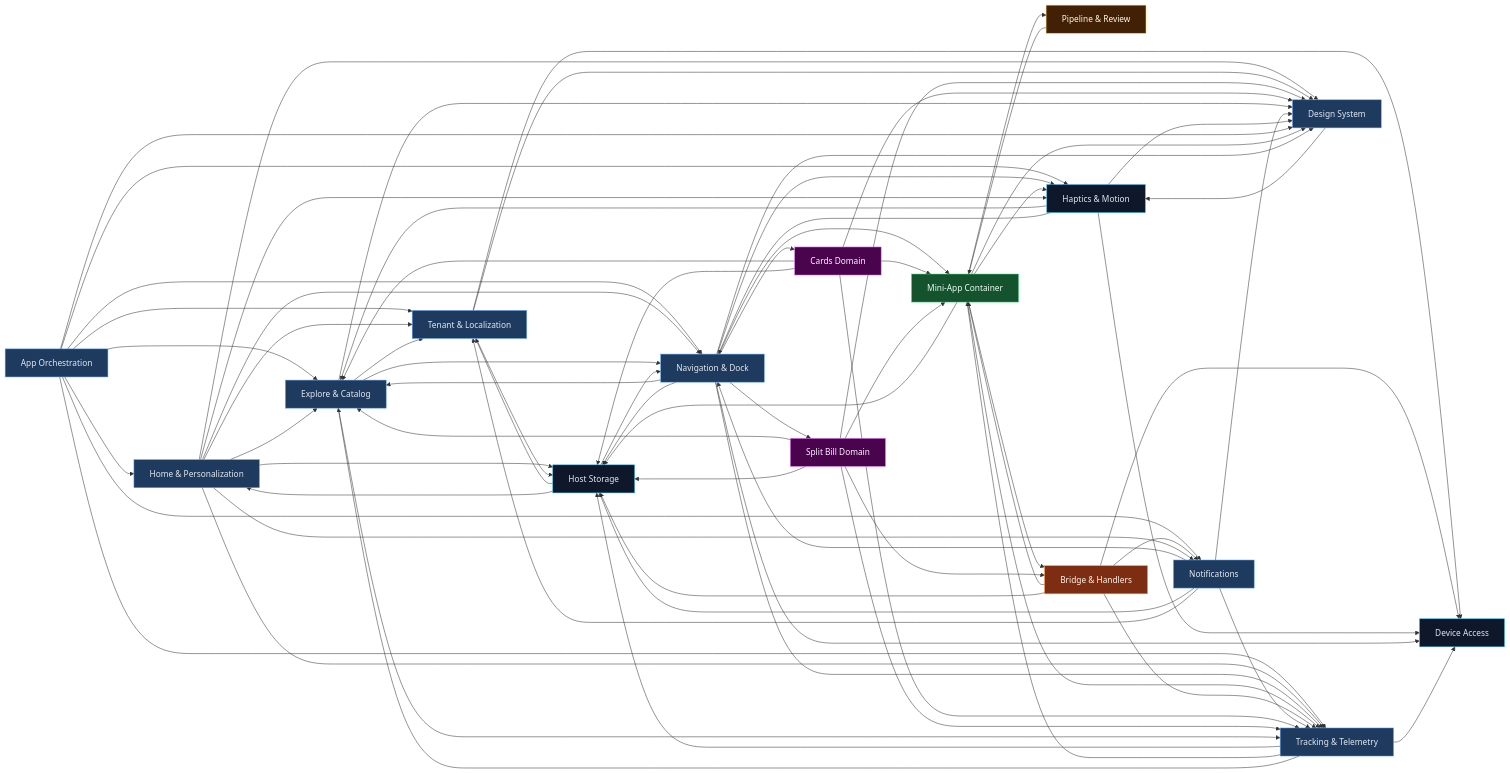
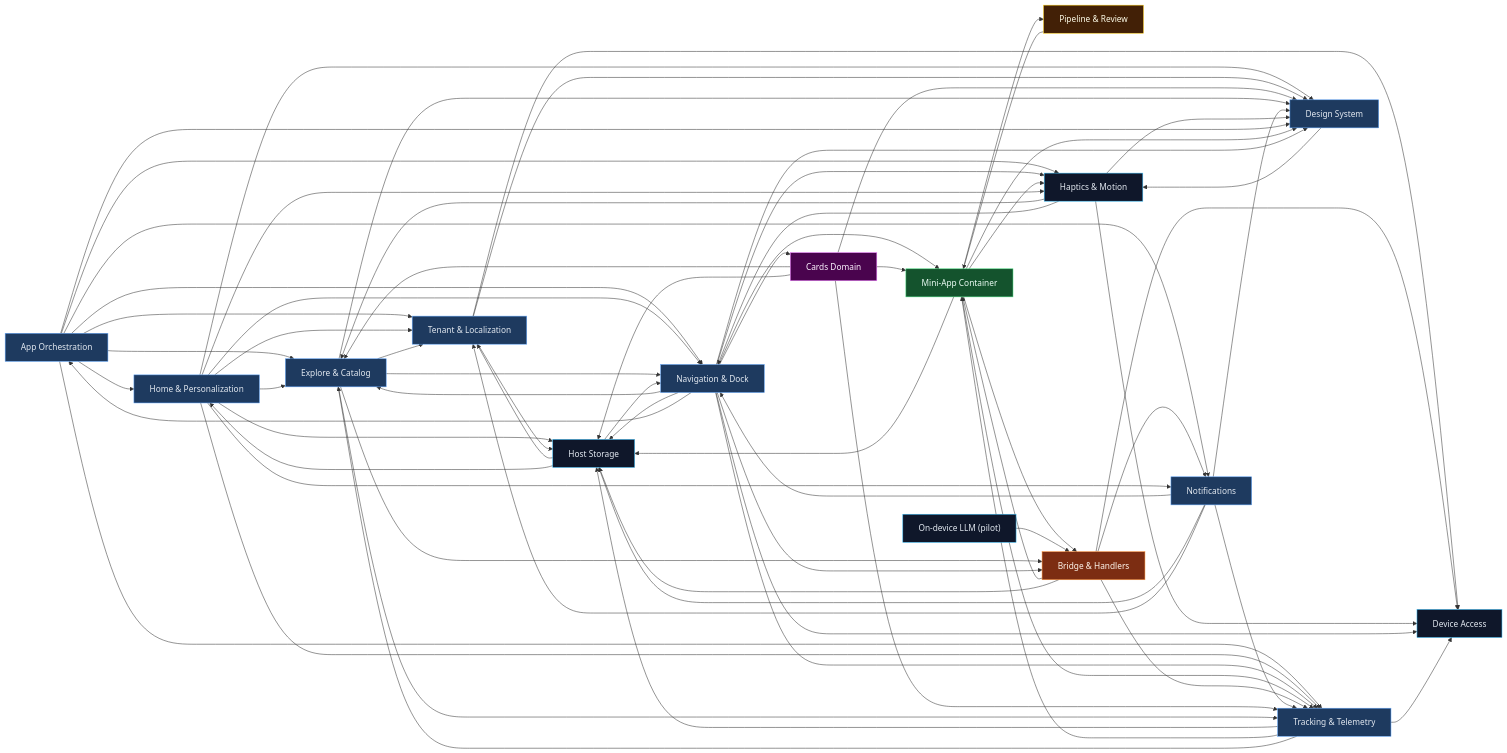
One commit to nguyenvhoang99/mobile-platform changed the first of 3 diagrams in app/docs/feature-graph.md. Above: the diagram before and after it, drawn with Mermaid. The commit also changed other lines of this file and 245 other files, not shown here.

```diff
--- a/app/docs/feature-graph.md
+++ b/app/docs/feature-graph.md
@@ -26,9 +26,9 @@
   tracking["Tracking & Telemetry"]
   notifications["Notifications"]
   deviceAccess["Device Access"]
+  onDeviceLlm["On-device LLM (pilot)"]
   storage["Host Storage"]
   cards["Cards Domain"]
-  splitBill["Split Bill Domain"]
   designSystem["Design System"]
   haptics["Haptics & Motion"]
 
@@ -75,18 +75,14 @@
   cards --> container
   cards --> tracking
   cards --> explore
-  splitBill --> container
-  splitBill --> tracking
-  splitBill --> explore
-  splitBill --> storage
-  splitBill --> designSystem
-  splitBill --> bridge
   designSystem --> haptics
   haptics --> deviceAccess
+  onDeviceLlm --> bridge
   cards --> storage
   cards --> designSystem
   explore --> designSystem
   explore --> tracking
+  explore --> bridge
   notifications --> designSystem
   haptics --> designSystem
   haptics --> explore
@@ -100,7 +96,8 @@
   container --> designSystem
   navigation --> designSystem
   navigation --> cards
-  navigation --> splitBill
+  navigation --> app
+  navigation --> bridge
   navigation --> deviceAccess
   tracking --> explore
   tracking --> deviceAccess
@@ -122,9 +119,9 @@
   class tracking host
   class notifications host
   class deviceAccess native
+  class onDeviceLlm native
   class storage native
   class cards domain
-  class splitBill domain
   class designSystem host
   class haptics native
 
```
